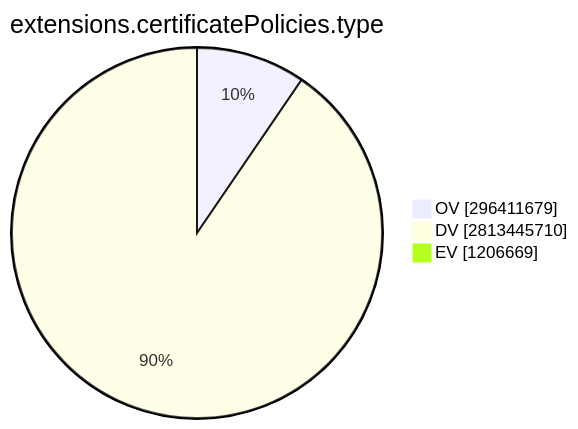
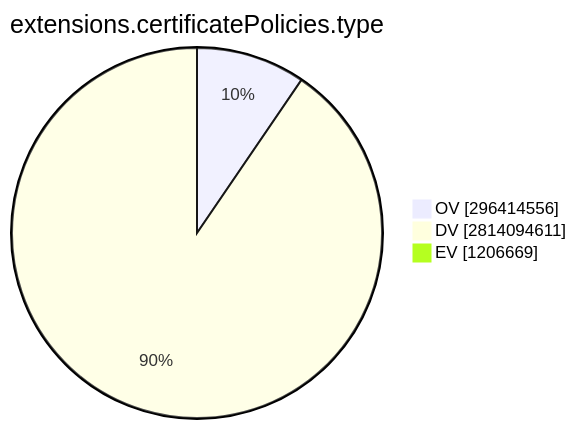
Before and after one commit to christiankrug/ctmonitor_visualization: the ninth of 15 diagrams in TOTAL/README.md, drawn with Mermaid. The commit also changed other lines of this file, not shown here.

````diff
--- a/TOTAL/README.md
+++ b/TOTAL/README.md
@@ -3099,7 +3099,7 @@
 ```mermaid
 pie showData
 title extensions.certificatePolicies.type
-"OV" :296411679
-"DV" :2813445710
+"OV" :296414556
+"DV" :2814094611
 "EV" :1206669
 ```
````
